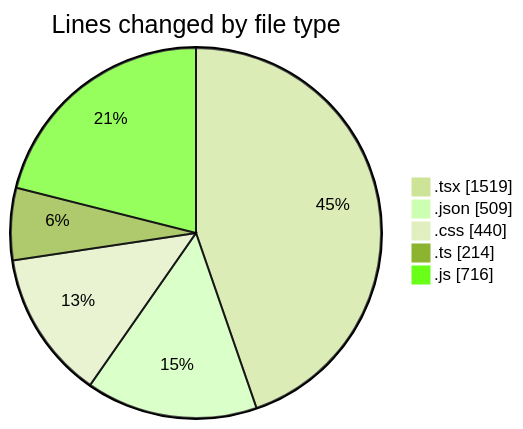
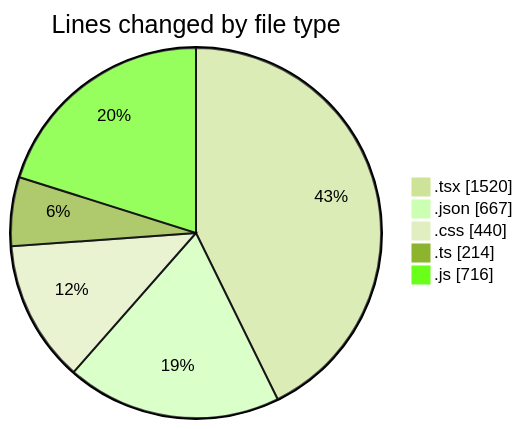
Before and after one commit to Elitesun/code-tracking: the first of 2 diagrams in 2025-05-04/niten/README.md, drawn with Mermaid (forest theme). The commit also changed other lines of this file and 1 other file, not shown here.

````diff
--- a/2025-05-04/niten/README.md
+++ b/2025-05-04/niten/README.md
@@ -50,9 +50,9 @@
 ```mermaid
 pie showData
 title Lines changed by file type
-".tsx" : 1519
-".json" : 509
+".tsx" : 1520
+".json" : 667
 ".css" : 440
 ".ts" : 214
 ".js" : 716
 ```
````
